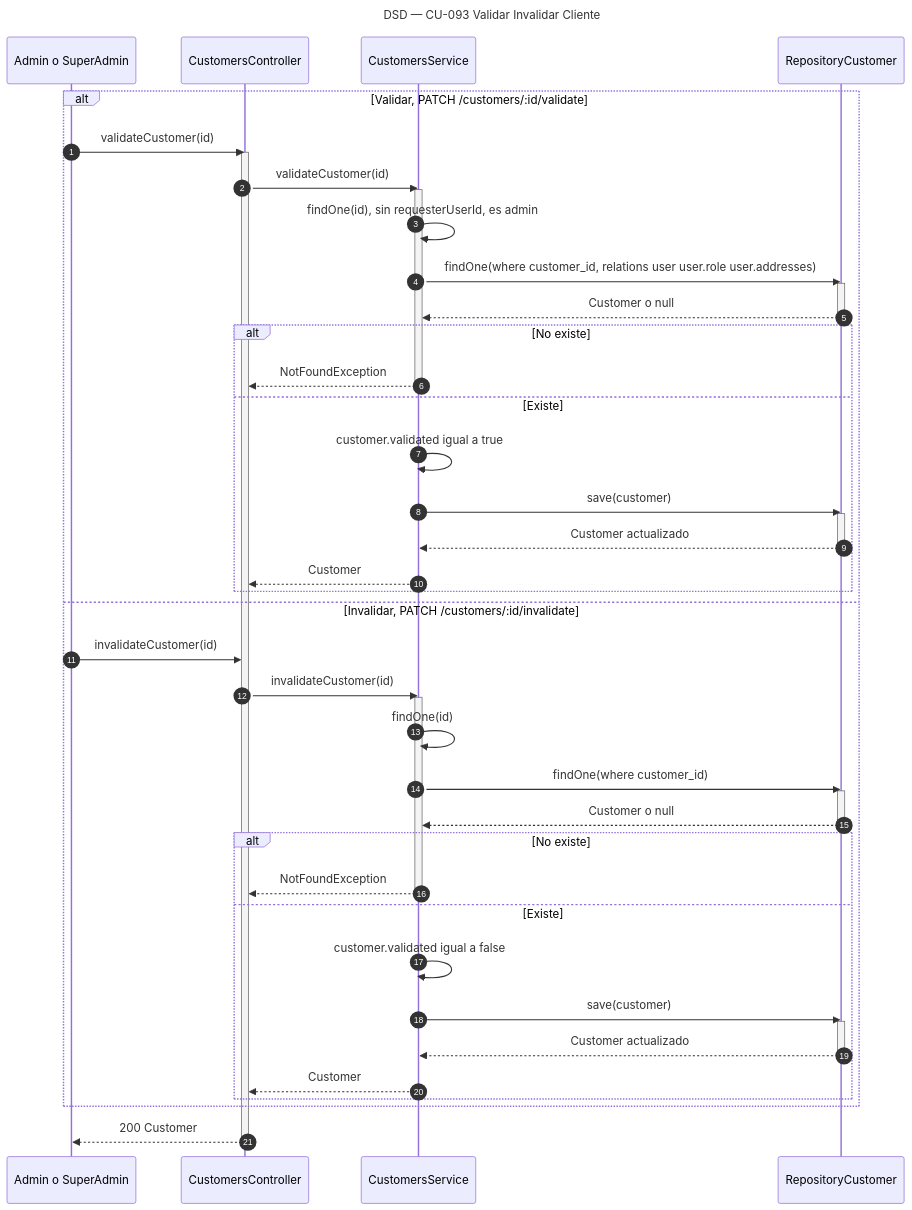
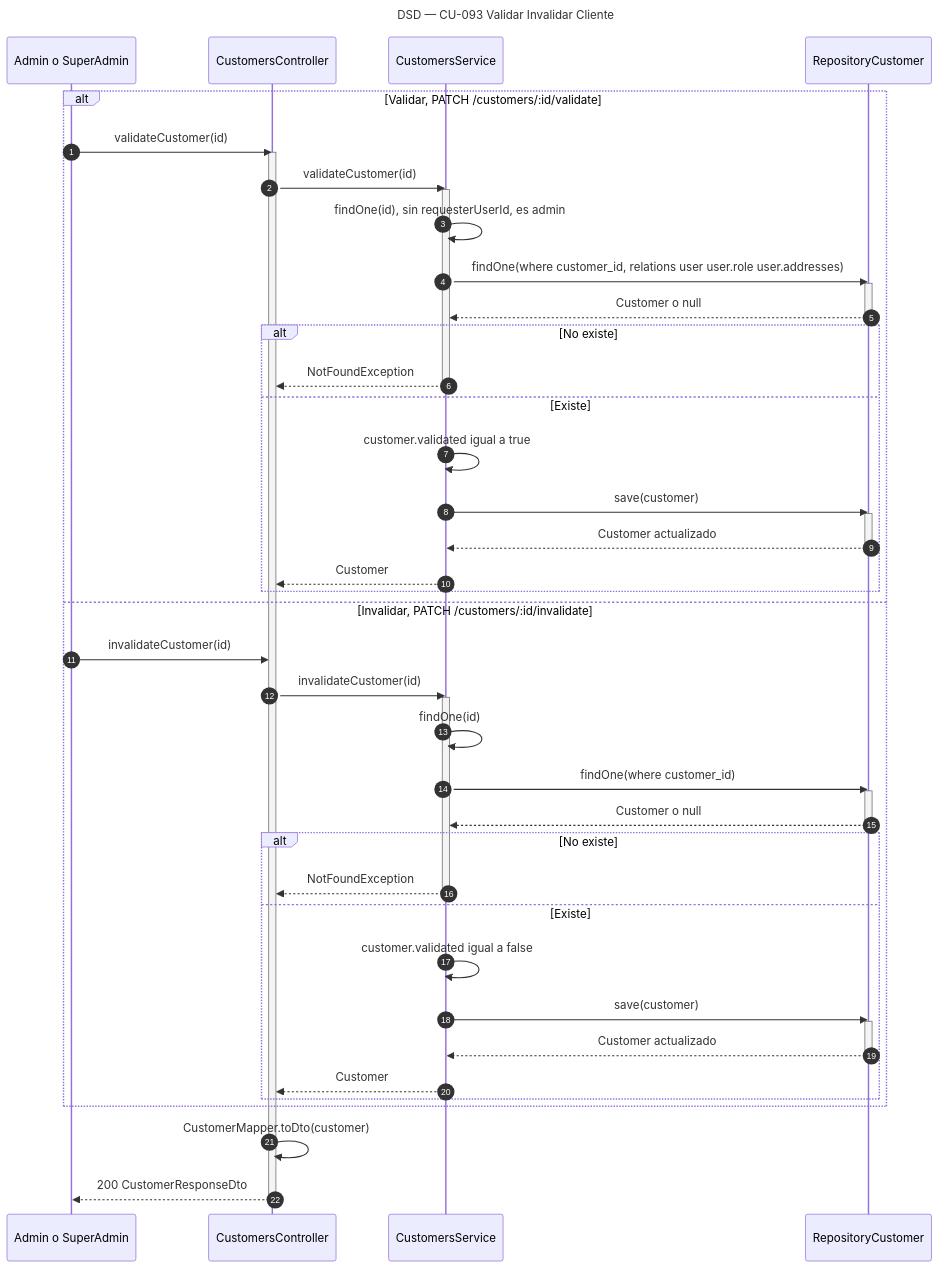
Before and after one commit to Nahuelito-Dev/splg-docs: the diagram in diagramas/DSD_CU-093_Validar-Invalidar-Cliente.mmd, drawn with Mermaid. The commit also changed 6 other files, not shown here.

Commit message:
docs(dsd): clientes con CustomerResponseDto; hallazgos H-52 a H-55

```diff
--- a/diagramas/DSD_CU-093_Validar-Invalidar-Cliente.mmd
+++ b/diagramas/DSD_CU-093_Validar-Invalidar-Cliente.mmd
@@ -1,52 +1,53 @@
 sequenceDiagram
     title DSD — CU-093 Validar Invalidar Cliente
     autonumber
     participant ADM as Admin o SuperAdmin
     participant CTRL as CustomersController
     participant SRV as CustomersService
     participant CREP as RepositoryCustomer
 
     alt Validar, PATCH /customers/:id/validate
         ADM->>CTRL: validateCustomer(id)
         activate CTRL
         CTRL->>SRV: validateCustomer(id)
         activate SRV
         SRV->>SRV: findOne(id), sin requesterUserId, es admin
         SRV->>CREP: findOne(where customer_id, relations user user.role user.addresses)
         activate CREP
         CREP-->>SRV: Customer o null
         deactivate CREP
         alt No existe
             SRV-->>CTRL: NotFoundException
             deactivate SRV
         else Existe
             SRV->>SRV: customer.validated igual a true
             SRV->>CREP: save(customer)
             activate CREP
             CREP-->>SRV: Customer actualizado
             deactivate CREP
             SRV-->>CTRL: Customer
         end
     else Invalidar, PATCH /customers/:id/invalidate
         ADM->>CTRL: invalidateCustomer(id)
         CTRL->>SRV: invalidateCustomer(id)
         activate SRV
         SRV->>SRV: findOne(id)
         SRV->>CREP: findOne(where customer_id)
         activate CREP
         CREP-->>SRV: Customer o null
         deactivate CREP
         alt No existe
             SRV-->>CTRL: NotFoundException
             deactivate SRV
         else Existe
             SRV->>SRV: customer.validated igual a false
             SRV->>CREP: save(customer)
             activate CREP
             CREP-->>SRV: Customer actualizado
             deactivate CREP
             SRV-->>CTRL: Customer
         end
     end
-    CTRL-->>ADM: 200 Customer
+    CTRL->>CTRL: CustomerMapper.toDto(customer)
+    CTRL-->>ADM: 200 CustomerResponseDto
     deactivate CTRL
```
